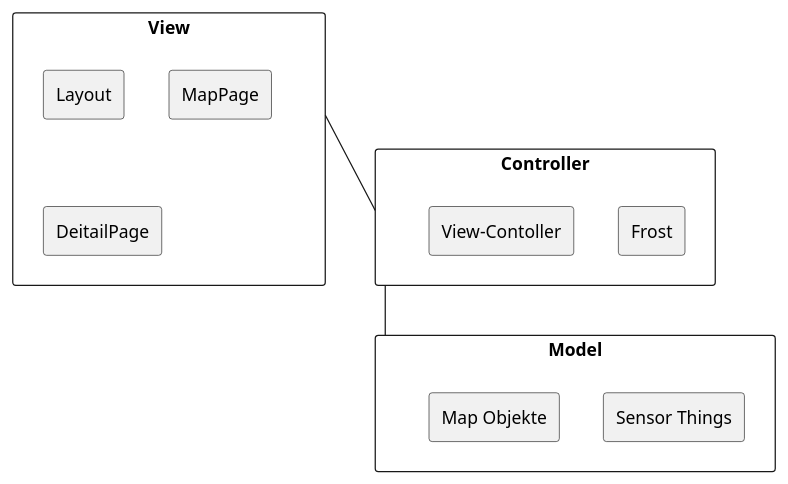
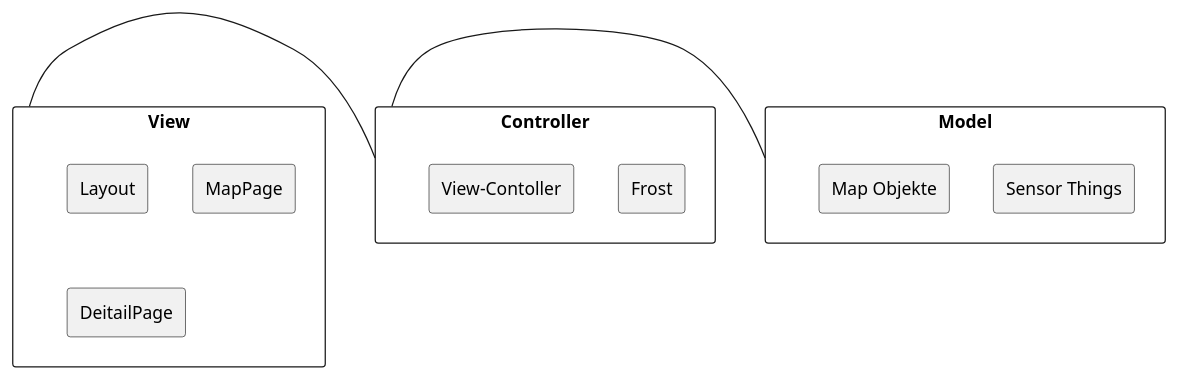
One commit to JonaEnz/pse-airquality-1 changed the diagram in Entwurf/PlantUML/Architektur.puml. Above: the diagram before and after it, drawn with PlantUML.

Commit message:
structure architecture

```diff
--- a/Entwurf/PlantUML/Architektur.puml
+++ b/Entwurf/PlantUML/Architektur.puml
@@ -1,22 +1,22 @@
 @startuml Architektur
 
-View -- Controller 
-Controller -- Model
+View -right- Controller 
+Controller -left- Model
 
 rectangle Model {
     rectangle "Sensor Things"
     rectangle "Map Objekte"
 }
 
 rectangle Controller {
     rectangle "Frost"
     rectangle "View-Contoller"
 }
 
 rectangle View {
     rectangle "Layout"
     rectangle "MapPage"
     rectangle "DeitailPage"
 }
 
 @enduml
```
